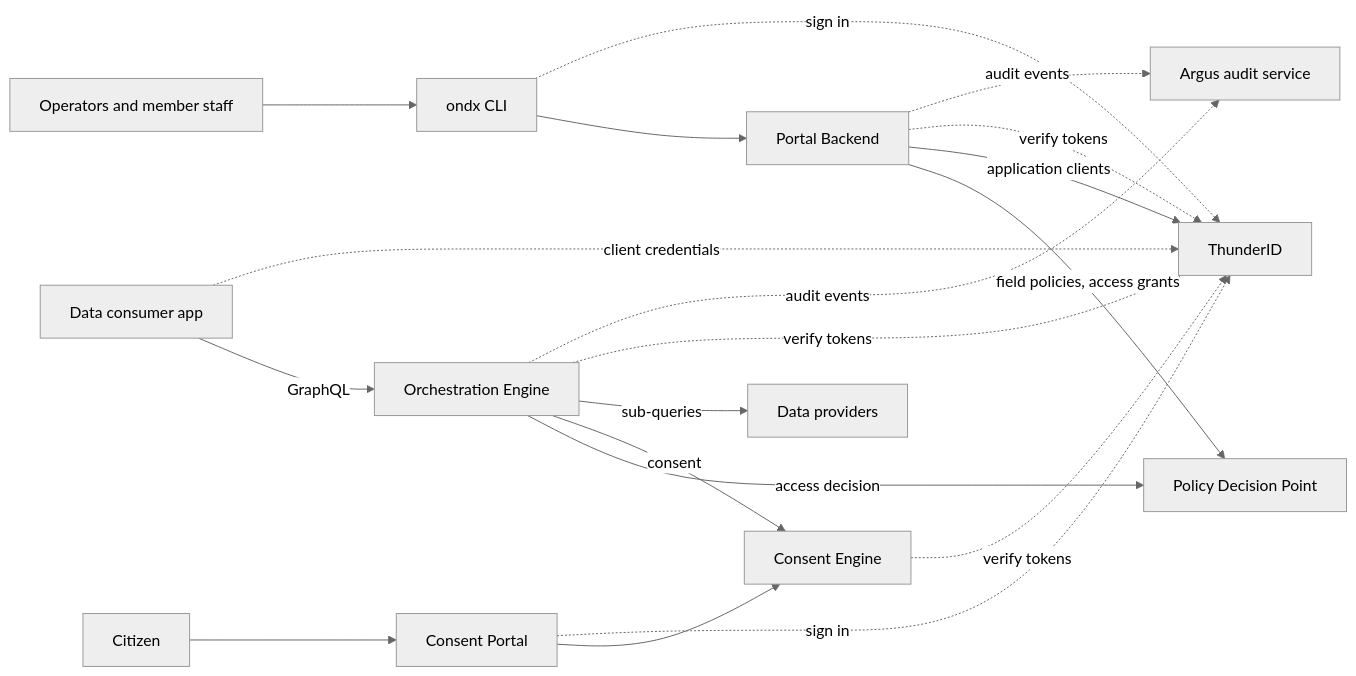
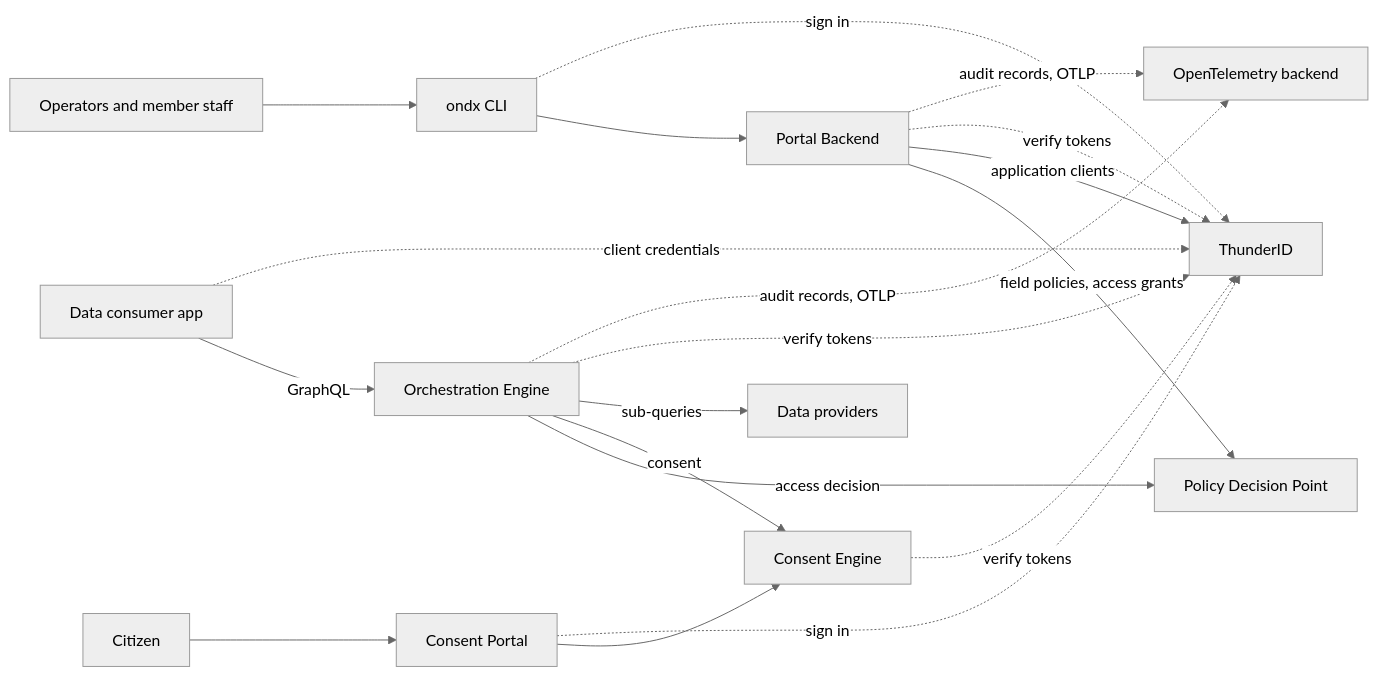
One commit to openndx/openndx-core changed the diagram in README.md. Above: the diagram before and after it, drawn with Mermaid (neutral theme). The commit also changed other lines of this file and 37 other files, not shown here.

First line of the commit message:
feat(oe,pb)!: write audit records over OTLP and remove Argus (#816)

````diff
--- a/README.md
+++ b/README.md
@@ -31,21 +31,21 @@
 ```mermaid
 flowchart LR
     Consumer[Data consumer app] -->|GraphQL| OE[Orchestration Engine]
     OE -->|access decision| PDP[Policy Decision Point]
     OE -->|consent| CE[Consent Engine]
     OE -->|sub-queries| PR[Data providers]
     Citizen --> CP[Consent Portal]
     CP --> CE
     Operator[Operators and member staff] --> CLI[ondx CLI]
     CLI --> PB[Portal Backend]
     PB -->|field policies, access grants| PDP
     PB -->|application clients| IDP[ThunderID]
     CP -.->|sign in| IDP
     CLI -.->|sign in| IDP
     Consumer -.->|client credentials| IDP
     OE -.->|verify tokens| IDP
     CE -.->|verify tokens| IDP
     PB -.->|verify tokens| IDP
-    OE -.->|audit events| AU[Argus audit service]
-    PB -.->|audit events| AU
+    OE -.->|audit records, OTLP| OT[OpenTelemetry backend]
+    PB -.->|audit records, OTLP| OT
 ```
````
